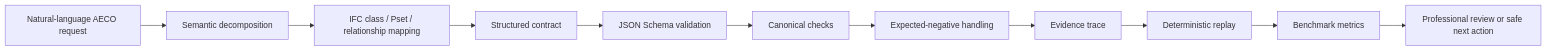
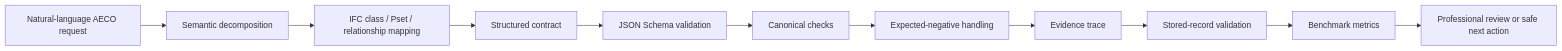
Before and after one commit to xaibim/semantic-bim-ifc-xai: the diagram in README.md, drawn with Mermaid. The commit also changed other lines of this file and 10 other files, not shown here.

````diff
--- a/README.md
+++ b/README.md
@@ -112,13 +114,13 @@
 ```mermaid
 flowchart LR
     A[Natural-language AECO request] --> B[Semantic decomposition]
     B --> C[IFC class / Pset / relationship mapping]
     C --> D[Structured contract]
     D --> E[JSON Schema validation]
     E --> F[Canonical checks]
     F --> G[Expected-negative handling]
     G --> H[Evidence trace]
-    H --> I[Deterministic replay]
+    H --> I[Stored-record validation]
     I --> J[Benchmark metrics]
     J --> K[Professional review or safe next action]
 ```
````
